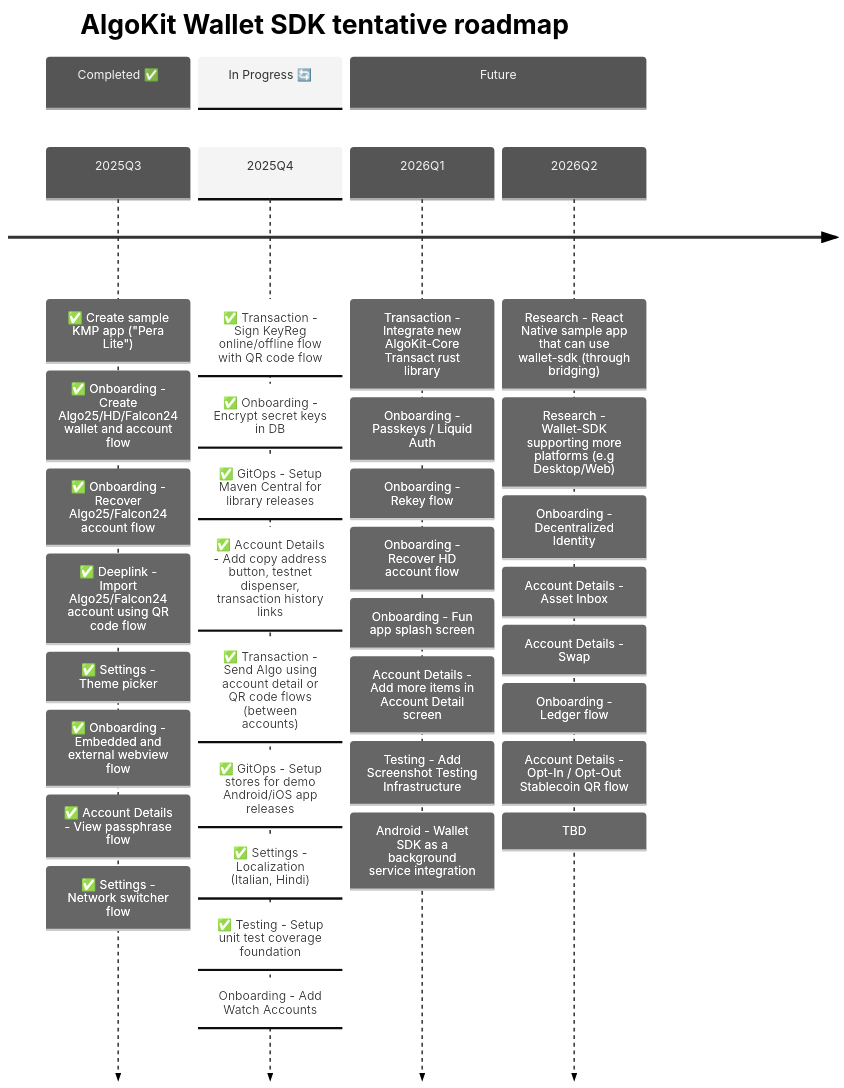
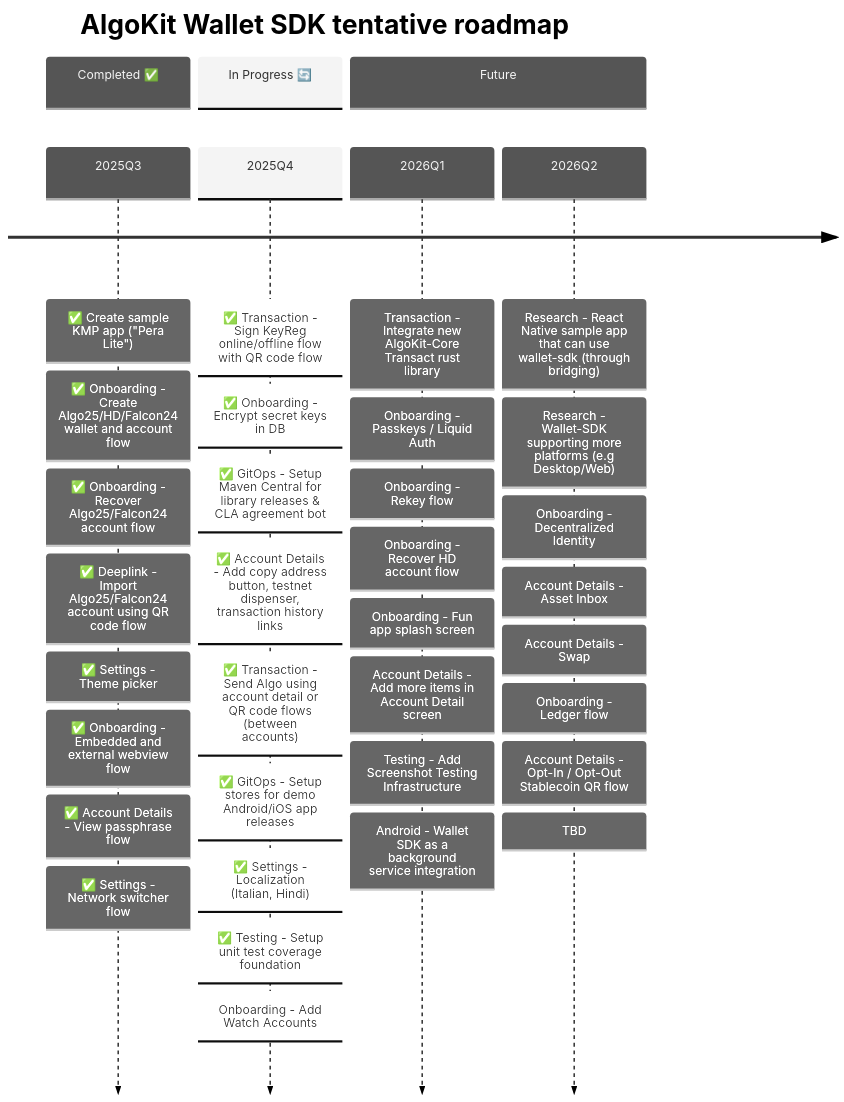
One commit to michaeltchuang/algokit-walletsdk-kmp changed the second of 3 diagrams in README.md. Above: the diagram before and after it, drawn with Mermaid. The commit also changed 1 other file, not shown here.

Commit message:
ci: add in CLA github actions job (#144)

````diff
--- a/README.md
+++ b/README.md
@@ -67,48 +67,48 @@
 ```mermaid
 ---
 config:
   theme: 'neutral'
 ---
 timeline
     title AlgoKit Wallet SDK tentative roadmap
 
     section Completed ✅
     2025Q3  : ✅ Create sample KMP app ("Pera Lite")
             : ✅ Onboarding - Create Algo25/HD/Falcon24 wallet and account flow
             : ✅ Onboarding - Recover Algo25/Falcon24 account flow
             : ✅ Deeplink - Import Algo25/Falcon24 account using QR code flow
             : ✅ Settings - Theme picker
             : ✅ Onboarding - Embedded and external webview flow
             : ✅ Account Details - View passphrase flow
             : ✅ Settings - Network switcher flow
 
     section In Progress 🔄
     2025Q4  : ✅ Transaction - Sign KeyReg online/offline flow with QR code flow
             : ✅ Onboarding - Encrypt secret keys in DB
-            : ✅ GitOps - Setup Maven Central for library releases
+            : ✅ GitOps - Setup Maven Central for library releases & CLA agreement bot
             : ✅ Account Details - Add copy address button, testnet dispenser, transaction history links
             : ✅ Transaction - Send Algo using account detail or QR code flows (between accounts)
             : ✅ GitOps - Setup stores for demo Android/iOS app releases
             : ✅ Settings - Localization (Italian, Hindi)
             : ✅ Testing - Setup unit test coverage foundation
             : Onboarding - Add Watch Accounts
 
 
     section Future
     2026Q1  : Transaction - Integrate new AlgoKit-Core Transact rust library
             : Onboarding - Passkeys / Liquid Auth
             : Onboarding - Rekey flow
             : Onboarding - Recover HD account flow
             : Onboarding - Fun app splash screen
             : Account Details - Add more items in Account Detail screen
             : Testing - Add Screenshot Testing Infrastructure
             : Android - Wallet SDK as a background service integration
     2026Q2  : Research - React Native sample app that can use wallet-sdk (through bridging)
             : Research - Wallet-SDK supporting more platforms (e.g Desktop/Web)
             : Onboarding - Decentralized Identity
             : Account Details - Asset Inbox
             : Account Details - Swap
             : Onboarding - Ledger flow
             : Account Details - Opt-In / Opt-Out Stablecoin QR flow
             : TBD
 ```
````
